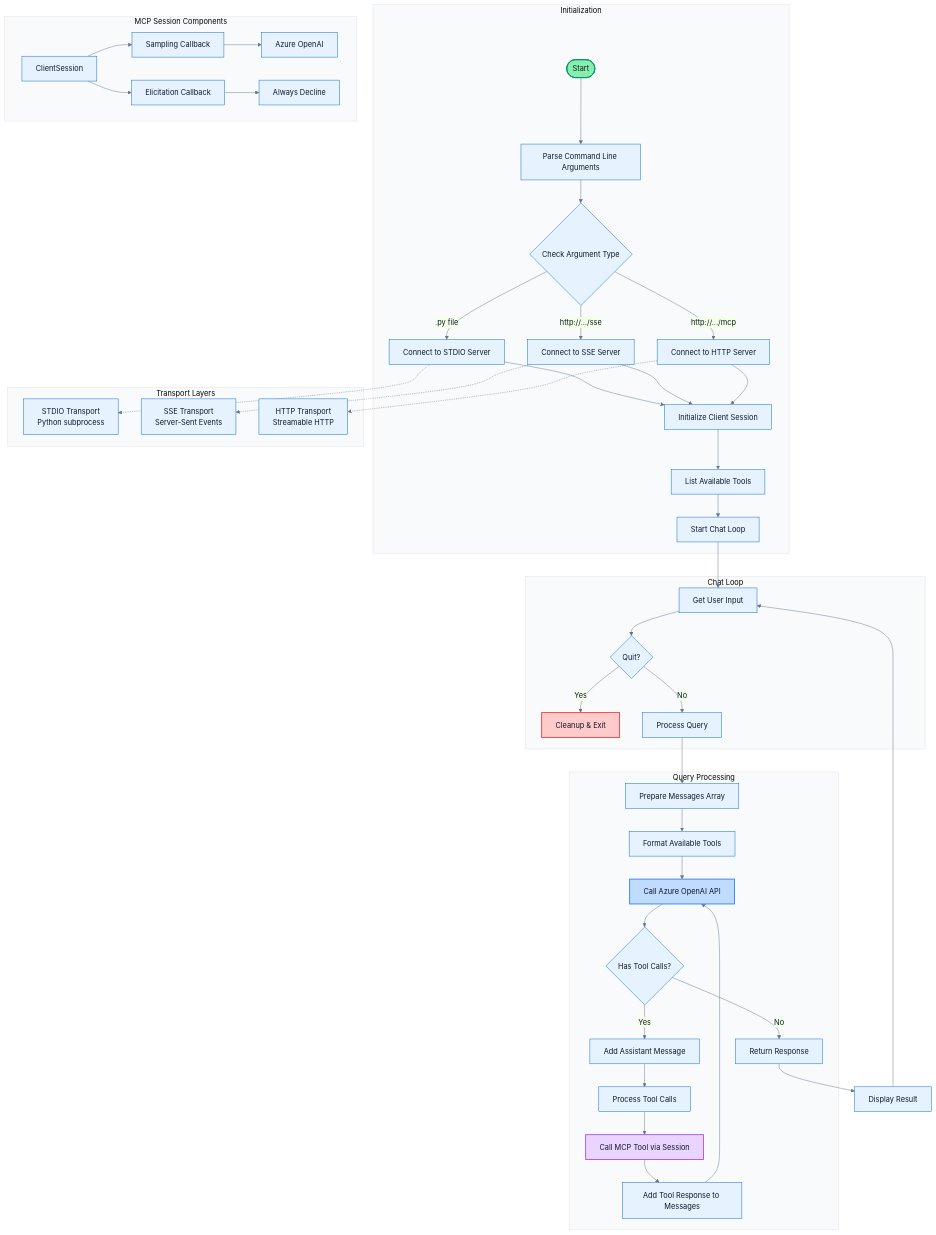
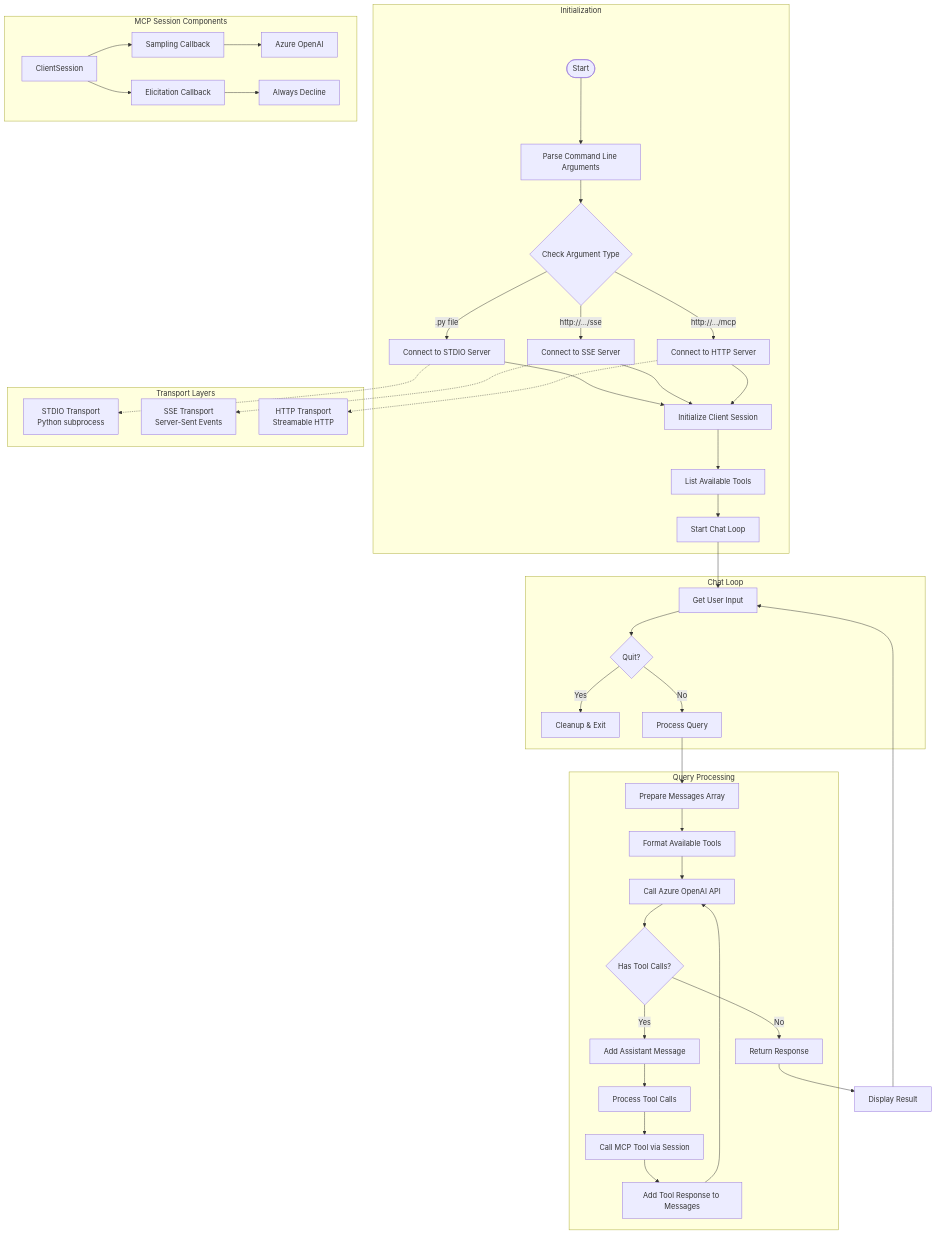
The first of 5 diagrams in README.md (huangyingting/mcp-workshop), drawn with Mermaid before and after one commit. The commit also changed other lines of this file, not shown here.

````diff
--- a/README.md
+++ b/README.md
@@ -184,73 +184,60 @@
 ```mermaid
-%%{init: {'theme': 'base', 'themeVariables': {
-  'fontFamily': 'Inter,Segoe UI,Arial,sans-serif',
-  'primaryColor': '#e6f3ff',
-  'primaryBorderColor': '#0066cc',
-  'primaryTextColor': '#0f172a',
-  'tertiaryColor': '#f8fafc',
-  'lineColor': '#64748b'
-}}}%%
 graph TB
     subgraph "Initialization"
         Start([Start]) --> ParseArgs[Parse Command Line Arguments]
         ParseArgs --> CheckArg{Check Argument Type}
         CheckArg -->|.py file| ConnectStdio[Connect to STDIO Server]
         CheckArg -->|http://.../sse| ConnectSSE[Connect to SSE Server]
         CheckArg -->|http://.../mcp| ConnectHTTP[Connect to HTTP Server]
         
         ConnectStdio --> InitSession[Initialize Client Session]
         ConnectSSE --> InitSession
         ConnectHTTP --> InitSession
         
         InitSession --> ListTools[List Available Tools]
         ListTools --> ChatLoop[Start Chat Loop]
     end
     
     subgraph "Chat Loop"
         ChatLoop --> UserInput[Get User Input]
         UserInput --> CheckQuit{Quit?}
         CheckQuit -->|Yes| Cleanup[Cleanup & Exit]
         CheckQuit -->|No| ProcessQuery[Process Query]
     end
     
     subgraph "Query Processing"
         ProcessQuery --> PrepareMessages[Prepare Messages Array]
         PrepareMessages --> PrepareTools[Format Available Tools]
         PrepareTools --> CallOpenAI[Call Azure OpenAI API]
         
         CallOpenAI --> CheckToolCalls{Has Tool Calls?}
         CheckToolCalls -->|No| ReturnResponse[Return Response]
         CheckToolCalls -->|Yes| AddAssistantMsg[Add Assistant Message]
         
         AddAssistantMsg --> ProcessToolCalls[Process Tool Calls]
         ProcessToolCalls --> CallMCPTool[Call MCP Tool via Session]
         CallMCPTool --> AddToolResponse[Add Tool Response to Messages]
         AddToolResponse --> CallOpenAI
     end
     
     subgraph "MCP Session Components"
         Session[ClientSession]
         Session --> SamplingCB[Sampling Callback]
         Session --> ElicitationCB[Elicitation Callback]
         SamplingCB --> AzureOpenAI2[Azure OpenAI]
         ElicitationCB --> Decline[Always Decline]
     end
     
     ReturnResponse --> DisplayResult[Display Result]
     DisplayResult --> UserInput
     
     subgraph "Transport Layers"
         StdioTransport[STDIO Transport<br/>Python subprocess]
         SSETransport[SSE Transport<br/>Server-Sent Events]
         HTTPTransport[HTTP Transport<br/>Streamable HTTP]
     end
     
     ConnectStdio -.-> StdioTransport
     ConnectSSE -.-> SSETransport
     ConnectHTTP -.-> HTTPTransport
-    
-    style Start fill:#86efac,stroke:#059669,stroke-width:2px
-    style Cleanup fill:#fecaca,stroke:#ef4444,stroke-width:2px
-    style CallOpenAI fill:#bfdbfe,stroke:#3b82f6,stroke-width:2px
-    style CallMCPTool fill:#e9d5ff,stroke:#a855f7,stroke-width:2px
 ```
````
